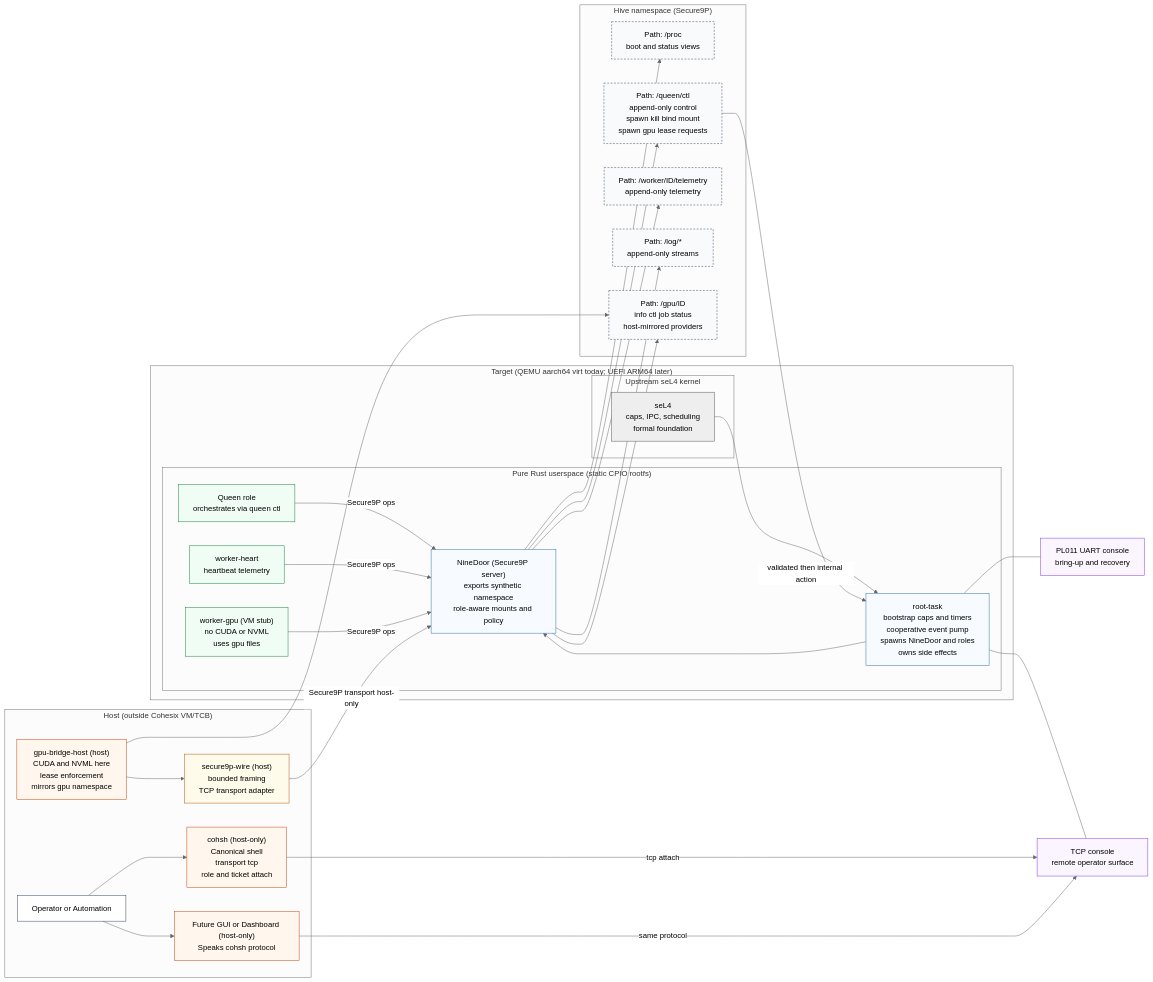
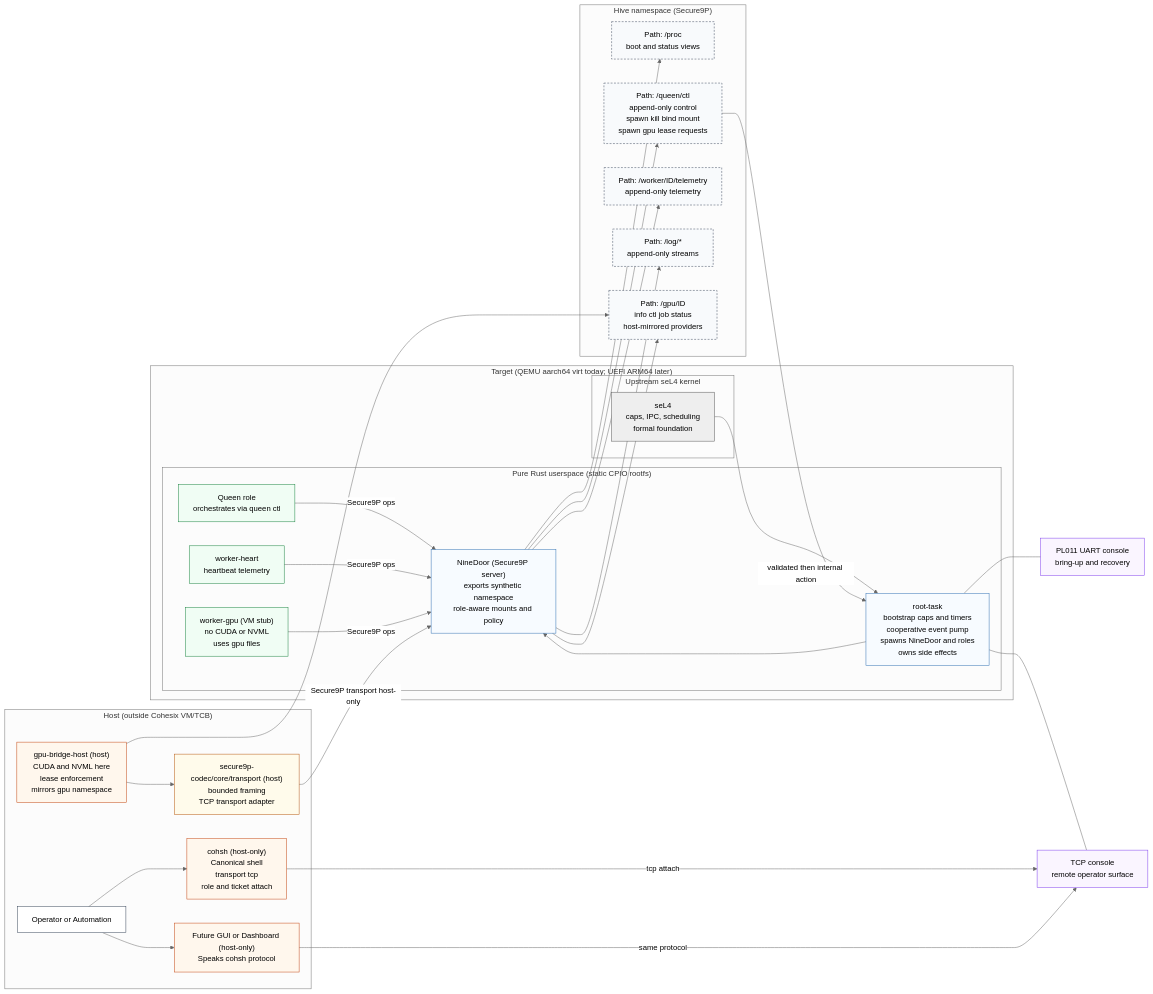
Before and after one commit to lukeb-aidev/cohesix: the diagram in README.md, drawn with Mermaid (neutral theme). The commit also changed other lines of this file and 49 other files, not shown here.

````diff
--- a/README.md
+++ b/README.md
@@ -81,72 +82,72 @@
 ```mermaid
 flowchart LR
 
   subgraph HOST["Host (outside Cohesix VM/TCB)"]
     OP["Operator or Automation"]:::ext
     COHSH["cohsh (host-only)<br/>Canonical shell<br/>transport tcp<br/>role and ticket attach"]:::hosttool
     GUI["Future GUI or Dashboard (host-only)<br/>Speaks cohsh protocol"]:::hosttool
-    WIRE["secure9p-wire (host)<br/>bounded framing<br/>TCP transport adapter"]:::hostlib
+    WIRE["secure9p-codec/core/transport (host)<br/>bounded framing<br/>TCP transport adapter"]:::hostlib
     GPUB["gpu-bridge-host (host)<br/>CUDA and NVML here<br/>lease enforcement<br/>mirrors gpu namespace"]:::hosttool
   end
 
   subgraph TARGET["Target (QEMU aarch64 virt today; UEFI ARM64 later)"]
     subgraph K["Upstream seL4 kernel"]
       SEL4["seL4<br/>caps, IPC, scheduling<br/>formal foundation"]:::kernel
     end
 
     subgraph USER["Pure Rust userspace (static CPIO rootfs)"]
       RT["root-task<br/>bootstrap caps and timers<br/>cooperative event pump<br/>spawns NineDoor and roles<br/>owns side effects"]:::vm
       ND["NineDoor (Secure9P server)<br/>exports synthetic namespace<br/>role-aware mounts and policy"]:::vm
 
       Q["Queen role<br/>orchestrates via queen ctl"]:::role
       WH["worker-heart<br/>heartbeat telemetry"]:::role
       WG["worker-gpu (VM stub)<br/>no CUDA or NVML<br/>uses gpu files"]:::role
     end
   end
 
   UART["PL011 UART console<br/>bring-up and recovery"]:::console
   TCP["TCP console<br/>remote operator surface"]:::console
 
   subgraph NS["Hive namespace (Secure9P)"]
     PROC["Path: /proc<br/>boot and status views"]:::path
     QUEENCTL["Path: /queen/ctl<br/>append-only control<br/>spawn kill bind mount<br/>spawn gpu lease requests"]:::path
     WORKTEL["Path: /worker/ID/telemetry<br/>append-only telemetry"]:::path
     LOGS["Path: /log/*<br/>append-only streams"]:::path
     GPUFS["Path: /gpu/ID<br/>info ctl job status<br/>host-mirrored providers"]:::path
   end
 
   SEL4 --> RT
   RT --> ND
   RT --- UART
   RT --- TCP
 
   OP --> COHSH
   OP --> GUI
   COHSH -->|tcp attach| TCP
   GUI -->|same protocol| TCP
 
   ND --> PROC
   ND --> QUEENCTL
   ND --> WORKTEL
   ND --> LOGS
   ND --> GPUFS
 
   Q -->|Secure9P ops| ND
   WH -->|Secure9P ops| ND
   WG -->|Secure9P ops| ND
 
   QUEENCTL -->|validated then internal action| RT
 
   GPUB --> WIRE
   WIRE -->|Secure9P transport host-only| ND
   GPUB --> GPUFS
 
   classDef kernel fill:#eeeeee,stroke:#555555,stroke-width:1px;
   classDef vm fill:#f7fbff,stroke:#2b6cb0,stroke-width:1px;
   classDef role fill:#f0fdf4,stroke:#15803d,stroke-width:1px;
   classDef console fill:#faf5ff,stroke:#7c3aed,stroke-width:1px;
   classDef path fill:#f8fafc,stroke:#334155,stroke-dasharray: 4 3;
   classDef hosttool fill:#fff7ed,stroke:#c2410c,stroke-width:1px;
   classDef hostlib fill:#fffbeb,stroke:#b45309,stroke-width:1px;
   classDef ext fill:#ffffff,stroke:#334155,stroke-width:1px;
 ```
````
